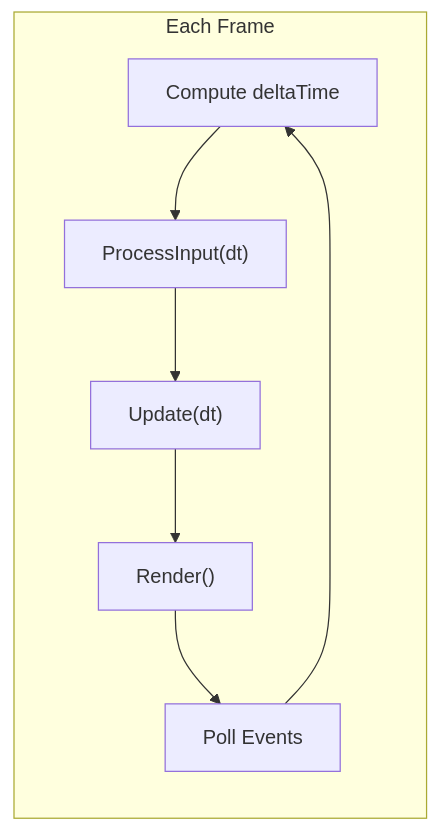
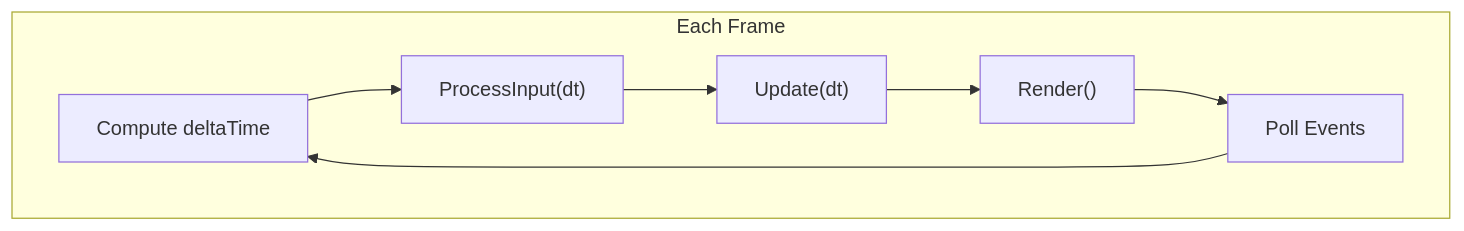
Before and after one commit to baaz777/rift: the second of 8 diagrams in docs/ARCHITECTURE.md, drawn with Mermaid. The commit also changed other lines of this file and 38 other files, not shown here.

```diff
--- a/docs/ARCHITECTURE.md
+++ b/docs/ARCHITECTURE.md
@@ -127,12 +127,12 @@
 <pre class="mermaid">
 flowchart LR
     subgraph Frame["Each Frame"]
-        direction TB
+        direction LR
         A["Compute deltaTime"] --> B["ProcessInput(dt)"]
         B --> C["Update(dt)"]
         C --> D["Render()"]
         D --> E["Poll Events"]
     end
 
     E --> A
 </pre>
```
